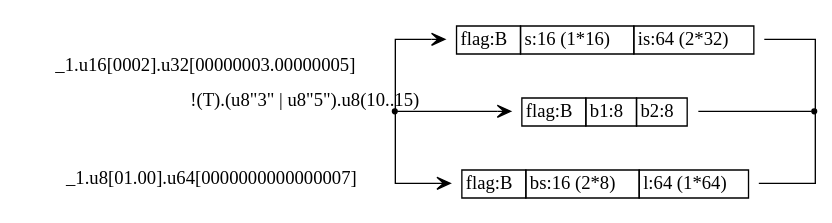
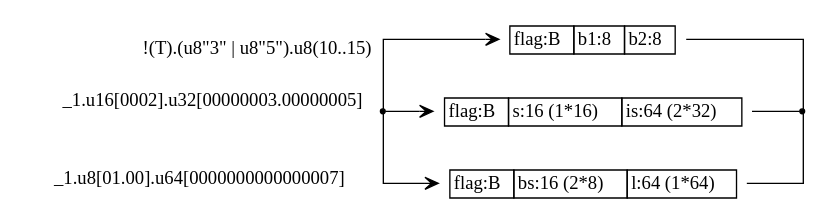
One commit to sireum/bitcodec-examples changed the diagram in src/predunion/complex/predunion-complex-spec.dot. Above: the diagram before and after it, drawn with Graphviz. The commit also changed 16 other files, not shown here.

```diff
--- a/src/predunion/complex/predunion-complex-spec.dot
+++ b/src/predunion/complex/predunion-complex-spec.dot
@@ -1,31 +1,31 @@
 digraph G {
   rankdir = LR;
   graph [splines=ortho];
   node [shape=plaintext];
   edge [arrowhead=vee];
 
   n0 [shape=point];
   n1 [label=<
-    <TABLE BORDER="0" CELLBORDER="1" CELLSPACING="0" TOOLTIP="Foo.bazz" HREF="#">
-      <TR><TD>flag:B</TD><TD>s:16 (1*16)</TD><TD>is:64 (2*32)</TD></TR>
+    <TABLE BORDER="0" CELLBORDER="1" CELLSPACING="0" TOOLTIP="Foo.bazzz" HREF="#">
+      <TR><TD>flag:B</TD><TD>b1:8</TD><TD>b2:8</TD></TR>
     </TABLE>
   >];
   n2 [label=<
-    <TABLE BORDER="0" CELLBORDER="1" CELLSPACING="0" TOOLTIP="Foo.bazzz" HREF="#">
-      <TR><TD>flag:B</TD><TD>b1:8</TD><TD>b2:8</TD></TR>
+    <TABLE BORDER="0" CELLBORDER="1" CELLSPACING="0" TOOLTIP="Foo.bazz" HREF="#">
+      <TR><TD>flag:B</TD><TD>s:16 (1*16)</TD><TD>is:64 (2*32)</TD></TR>
     </TABLE>
   >];
   n3 [label=<
     <TABLE BORDER="0" CELLBORDER="1" CELLSPACING="0" TOOLTIP="Foo.baz" HREF="#">
       <TR><TD>flag:B</TD><TD>bs:16 (2*8)</TD><TD>l:64 (1*64)</TD></TR>
     </TABLE>
   >];
   n4 [shape=point];
 
-  n0 -> n1 [xlabel="_1.u16[0002].u32[00000003.00000005]"];
-  n0 -> n2 [xlabel="!(T).(u8\"3\" | u8\"5\").u8(10..15)"];
+  n0 -> n1 [xlabel="!(T).(u8\"3\" | u8\"5\").u8(10..15)"];
+  n0 -> n2 [xlabel="_1.u16[0002].u32[00000003.00000005]"];
   n0 -> n3 [xlabel="_1.u8[01.00].u64[0000000000000007]"];
   n2 -> n4 [arrowhead=none];
+  n3 -> n4 [arrowhead=none];
   n1 -> n4 [arrowhead=none];
-  n3 -> n4 [arrowhead=none];
 }
```
